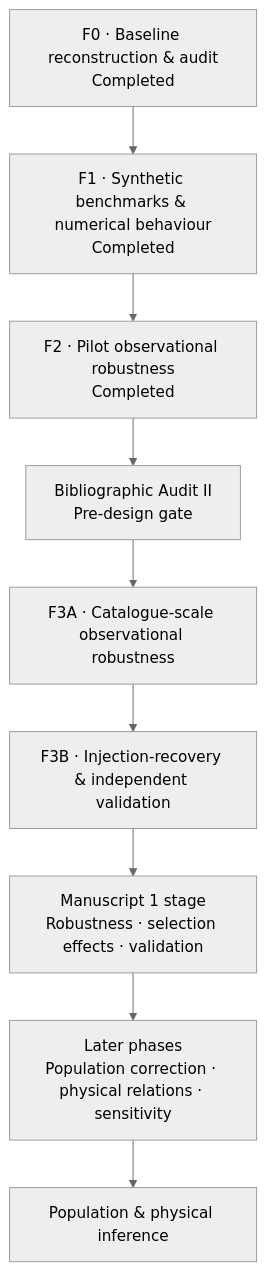
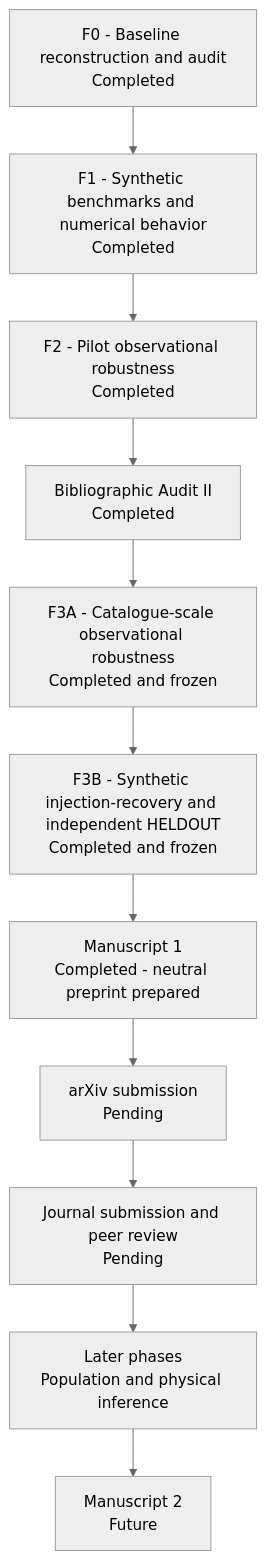
One commit to marc-balboa-corominas/tess-qpp changed the diagram in README.md. Above: the diagram before and after it, drawn with Mermaid (neutral theme). The commit also changed other lines of this file and 5 other files, not shown here.

````diff
--- a/README.md
+++ b/README.md
@@ -89,11 +128,13 @@
 ```mermaid
 flowchart TD
-    F0["F0 · Baseline reconstruction & audit\nCompleted"] --> F1["F1 · Synthetic benchmarks & numerical behaviour\nCompleted"]
-    F1 --> F2["F2 · Pilot observational robustness\nCompleted"]
-    F2 --> BIB["Bibliographic Audit II\nPre-design gate"]
-    BIB --> F3A["F3A · Catalogue-scale observational robustness"]
-    F3A --> F3B["F3B · Injection-recovery & independent validation"]
-    F3B --> M1["Manuscript 1 stage\nRobustness · selection effects · validation"]
-    M1 --> LATER["Later phases\nPopulation correction · physical relations · sensitivity"]
-    LATER --> M2["Population & physical inference"]
+    F0["F0 - Baseline reconstruction and audit<br/>Completed"] --> F1["F1 - Synthetic benchmarks and numerical behavior<br/>Completed"]
+    F1 --> F2["F2 - Pilot observational robustness<br/>Completed"]
+    F2 --> BIB["Bibliographic Audit II<br/>Completed"]
+    BIB --> F3A["F3A - Catalogue-scale observational robustness<br/>Completed and frozen"]
+    F3A --> F3B["F3B - Synthetic injection-recovery and independent HELDOUT<br/>Completed and frozen"]
+    F3B --> M1["Manuscript 1<br/>Completed - neutral preprint prepared"]
+    M1 --> ARXIV["arXiv submission<br/>Pending"]
+    ARXIV --> PEER["Journal submission and peer review<br/>Pending"]
+    PEER --> LATER["Later phases<br/>Population and physical inference"]
+    LATER --> M2["Manuscript 2<br/>Future"]
 ```
````
